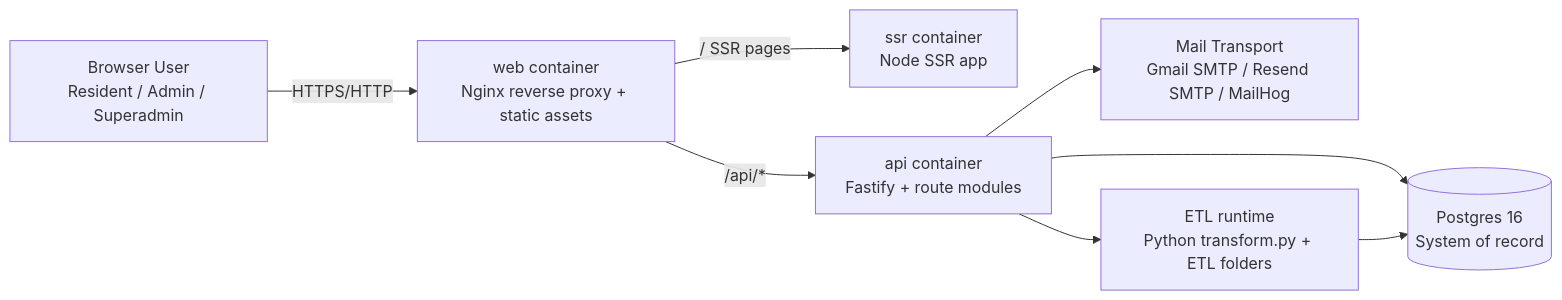
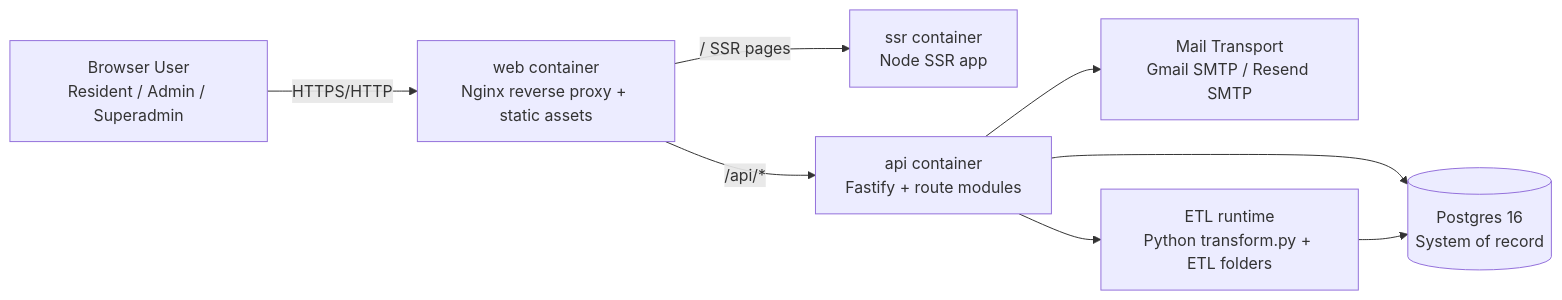
The first of 4 diagrams in docs/ARCHITECTURE-DETAILED.md (amitkumarr2k3/Apartment-Ledger-Pro), drawn with Mermaid before and after one commit. The commit also changed other lines of this file and 17 other files, not shown here.

````diff
--- a/docs/ARCHITECTURE-DETAILED.md
+++ b/docs/ARCHITECTURE-DETAILED.md
@@ -8,18 +8,18 @@
 ```mermaid
 flowchart LR
     U[Browser User\nResident / Admin / Superadmin]
     W[web container\nNginx reverse proxy + static assets]
     S[ssr container\nNode SSR app]
     A[api container\nFastify + route modules]
     D[(Postgres 16\nSystem of record)]
-    M[Mail Transport\nGmail SMTP / Resend SMTP / MailHog]
+    M[Mail Transport\nGmail SMTP / Resend SMTP]
     E[ETL runtime\nPython transform.py + ETL folders]
 
     U -->|HTTPS/HTTP| W
     W -->|/ SSR pages| S
     W -->|/api/*| A
     A --> D
     A --> M
     A --> E
     E --> D
 ```
````
